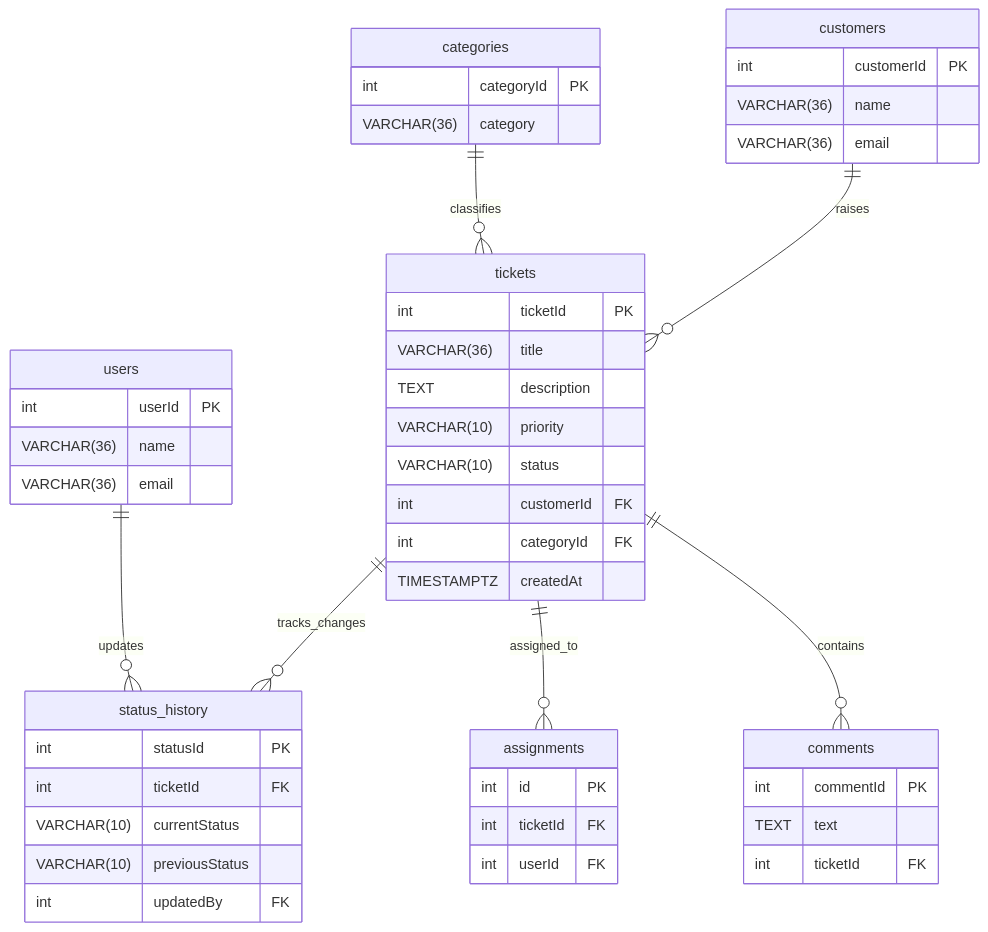
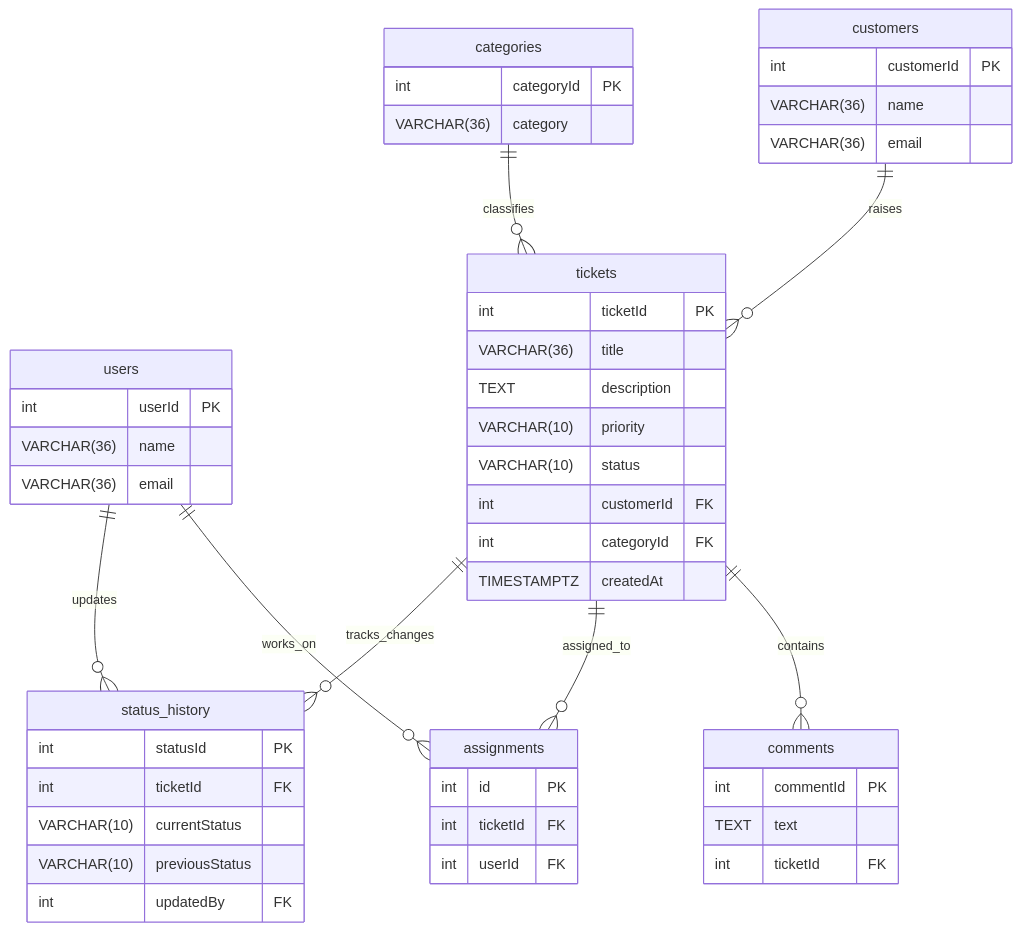
One commit to hawas-vonnue/phase2 changed the diagram in ticketManagementSystem/ERdiagram.md. Above: the diagram before and after it, drawn with Mermaid.

Commit message:
update: moved ERdiagram boxes to make it more readable

````diff
--- a/ticketManagementSystem/ERdiagram.md
+++ b/ticketManagementSystem/ERdiagram.md
@@ -3,53 +3,54 @@
 ```mermaid
 erDiagram
     users{
         int userId PK
         VARCHAR(36) name
         VARCHAR(36) email
     }
     customers{
         int customerId PK
         VARCHAR(36) name
         VARCHAR(36) email
     }
 
     categories{
         int categoryId PK
         VARCHAR(36) category
     }
     tickets{
         int ticketId PK
         VARCHAR(36) title
         TEXT description
         VARCHAR(10) priority
         VARCHAR(10) status
         int customerId FK
         int categoryId FK
         TIMESTAMPTZ createdAt
     }
     comments{
         int commentId PK
         TEXT text
         int ticketId FK
     }
     assignments{
         int id PK
         int ticketId FK
         int userId FK
     }
     status_history{
         int statusId PK
         int ticketId FK
        VARCHAR(10) currentStatus
         VARCHAR(10) previousStatus
         int updatedBy FK
     }
 
     customers||--o{ tickets: "raises"
     tickets||--o{ comments: "contains"
     categories||--o{ tickets: "classifies"
     tickets||--o{ assignments: "assigned_to"
+    users||--o{ assignments: "works_on"
    users||--o{status_history: "updates"
     tickets||--o{ status_history: "tracks_changes"
 
 ```
````
